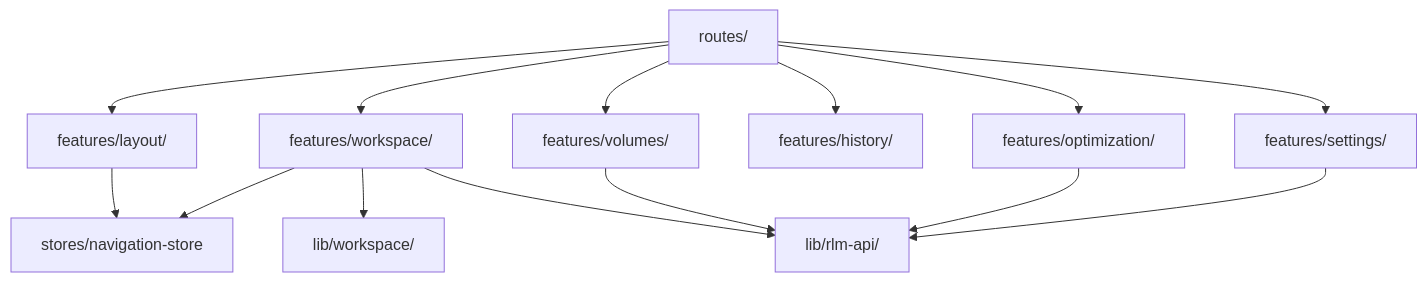
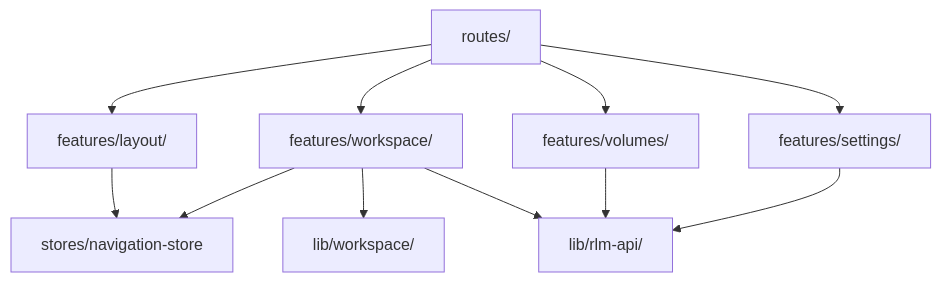
Before and after one commit to Qredence/fleet-rlm: the diagram in docs/reference/frontend-architecture.md, drawn with Mermaid. The commit also changed other lines of this file and 143 other files, not shown here.

````diff
--- a/docs/reference/frontend-architecture.md
+++ b/docs/reference/frontend-architecture.md
@@ -12,18 +12,15 @@
 ```mermaid
 flowchart TB
   A["routes/"] --> B["features/layout/"]
   A --> C["features/workspace/"]
   A --> D["features/volumes/"]
-  A --> E["features/history/"]
-  A --> F["features/optimization/"]
-  A --> G["features/settings/"]
+  A --> E["features/settings/"]
 
-  C --> H["lib/workspace/"]
-  C --> I["lib/rlm-api/"]
-  D --> I
-  F --> I
-  G --> I
+  C --> F["lib/workspace/"]
+  C --> G["lib/rlm-api/"]
+  D --> G
+  E --> G
 
-  B --> J["stores/navigation-store"]
-  C --> J
+  B --> H["stores/navigation-store"]
+  C --> H
 ```
````
